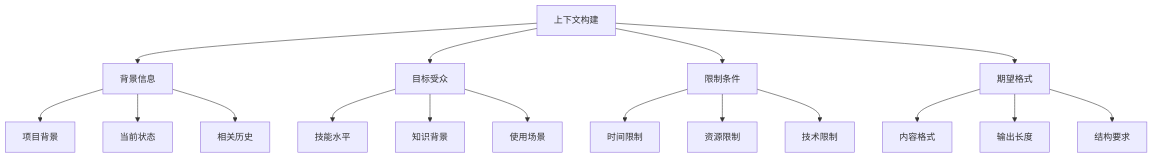
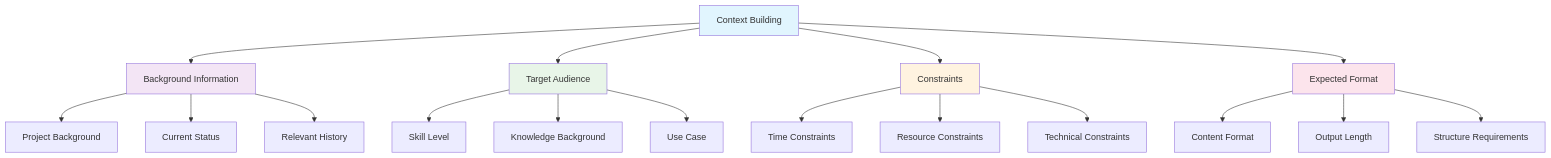
Before and after one commit to ChanMeng666/ai-programming-teaching-project: the fourth of 7 diagrams in versioned_docs/version-2024-winter/basics/prompt-engineering.mdx, drawn with Mermaid. The commit also changed other lines of this file and 472 other files, not shown here.

````diff
--- a/versioned_docs/version-2024-winter/basics/prompt-engineering.mdx
+++ b/versioned_docs/version-2024-winter/basics/prompt-engineering.mdx
@@ -158,23 +172,29 @@
 ```mermaid
 graph TB
-    A[上下文构建] --> B[背景信息]
-    A --> C[目标受众]
-    A --> D[限制条件]
-    A --> E[期望格式]
-    
-    B --> B1[项目背景]
-    B --> B2[当前状态]
-    B --> B3[相关历史]
-    
-    C --> C1[技能水平]
-    C --> C2[知识背景]
-    C --> C3[使用场景]
-    
-    D --> D1[时间限制]
-    D --> D2[资源限制]
-    D --> D3[技术限制]
-    
-    E --> E1[内容格式]
-    E --> E2[输出长度]
-    E --> E3[结构要求]
+    A[Context Building] --> B[Background Information]
+    A --> C[Target Audience]
+    A --> D[Constraints]
+    A --> E[Expected Format]
+
+    B --> B1[Project Background]
+    B --> B2[Current Status]
+    B --> B3[Relevant History]
+
+    C --> C1[Skill Level]
+    C --> C2[Knowledge Background]
+    C --> C3[Use Case]
+
+    D --> D1[Time Constraints]
+    D --> D2[Resource Constraints]
+    D --> D3[Technical Constraints]
+
+    E --> E1[Content Format]
+    E --> E2[Output Length]
+    E --> E3[Structure Requirements]
+
+    style A fill:#e1f5fe
+    style B fill:#f3e5f5
+    style C fill:#e8f5e8
+    style D fill:#fff3e0
+    style E fill:#fce4ec
 ```
````
